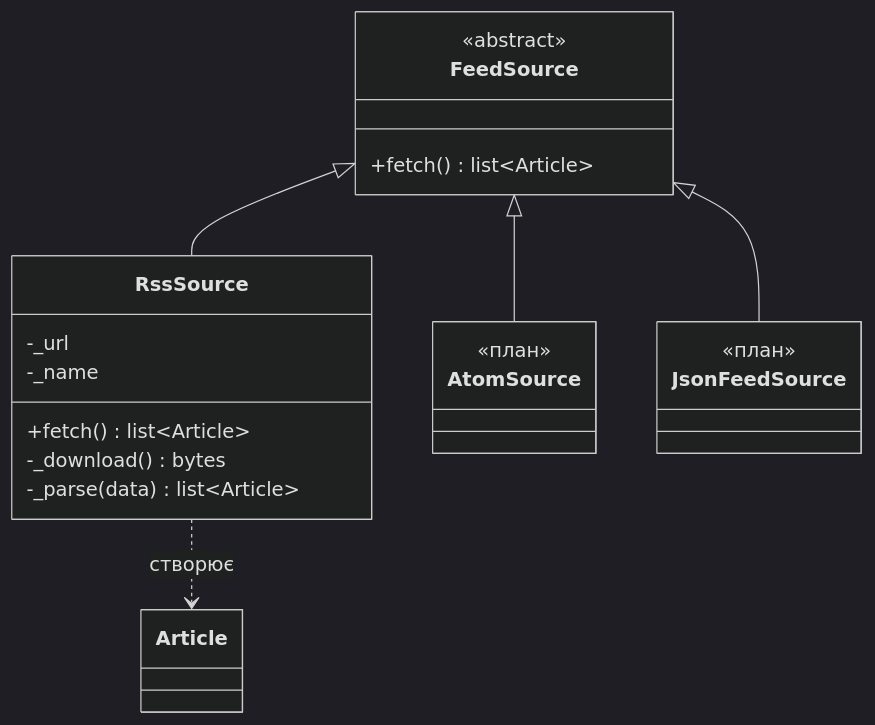
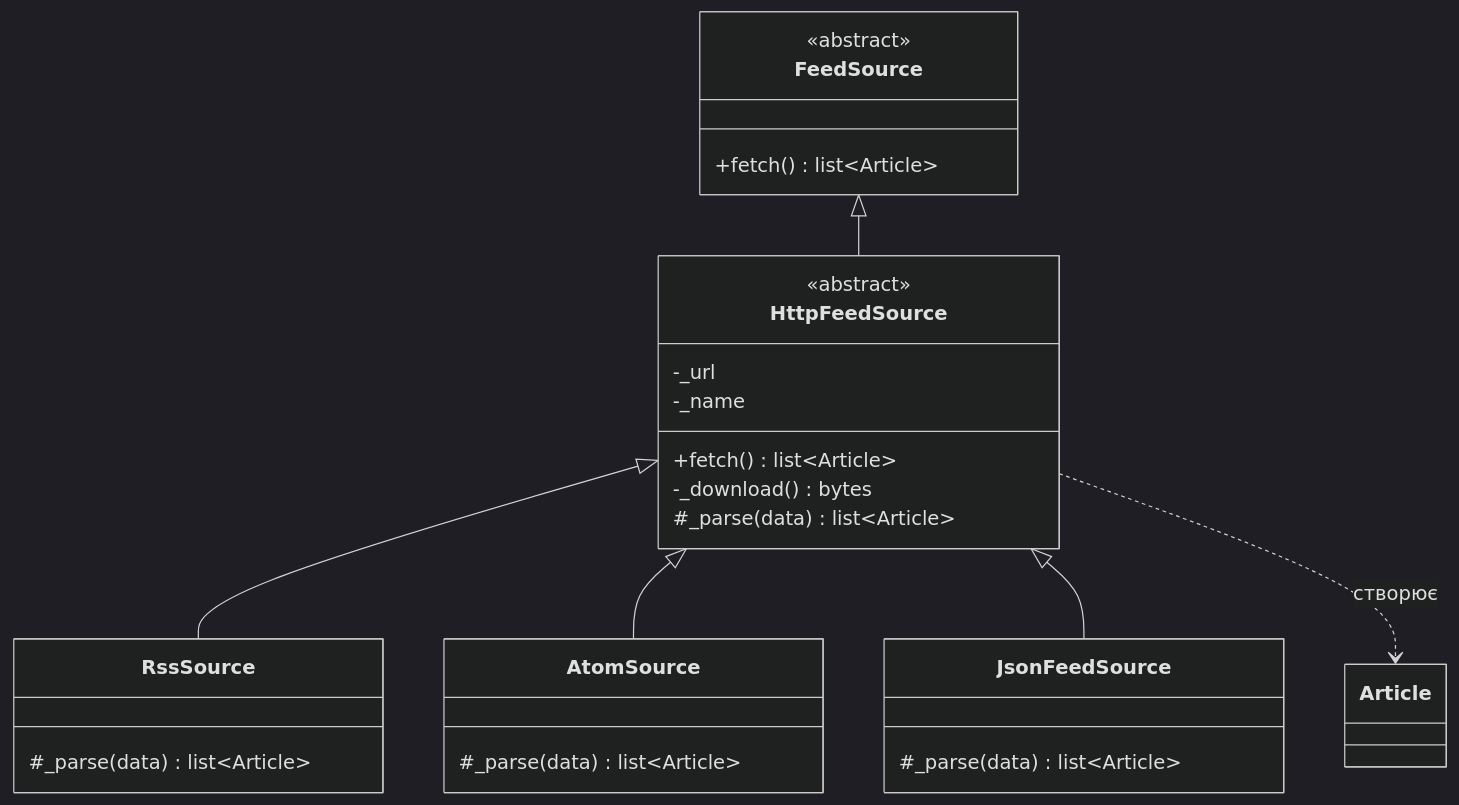
Before and after one commit to tetianix/news-aggregator: the first of 5 diagrams in docs/patterns.md, drawn with Mermaid (dark theme). The commit also changed other lines of this file and 4 other files, not shown here.

Commit message:
Update README and diagrams

````diff
--- a/docs/patterns.md
+++ b/docs/patterns.md
@@ -7,25 +7,30 @@
 ```mermaid
 classDiagram
     class FeedSource {
         <<abstract>>
         +fetch() list~Article~
     }
-    class RssSource {
+    class HttpFeedSource {
+        <<abstract>>
         -_url
         -_name
         +fetch() list~Article~
         -_download() bytes
-        -_parse(data) list~Article~
+        #_parse(data) list~Article~
+    }
+    class RssSource {
+        #_parse(data) list~Article~
     }
     class AtomSource {
-        <<план>>
+        #_parse(data) list~Article~
     }
     class JsonFeedSource {
-        <<план>>
+        #_parse(data) list~Article~
     }
     class Article
-    FeedSource <|-- RssSource
-    FeedSource <|-- AtomSource
-    FeedSource <|-- JsonFeedSource
-    RssSource ..> Article : створює
+    FeedSource <|-- HttpFeedSource
+    HttpFeedSource <|-- RssSource
+    HttpFeedSource <|-- AtomSource
+    HttpFeedSource <|-- JsonFeedSource
+    HttpFeedSource ..> Article : створює
 ```
````
